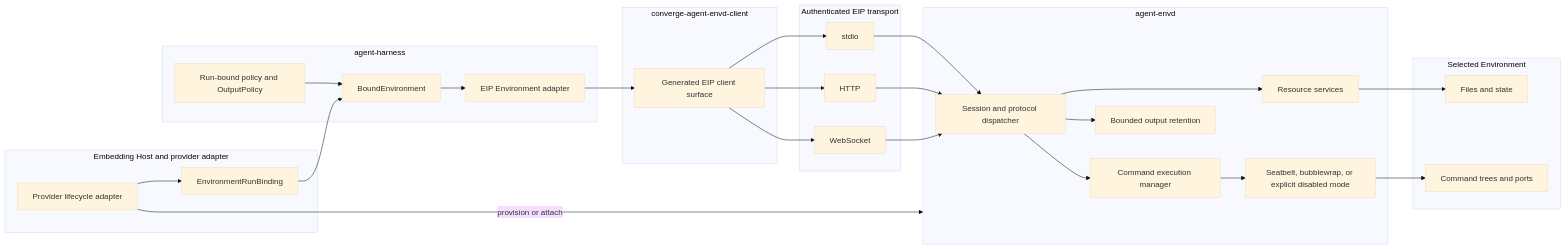
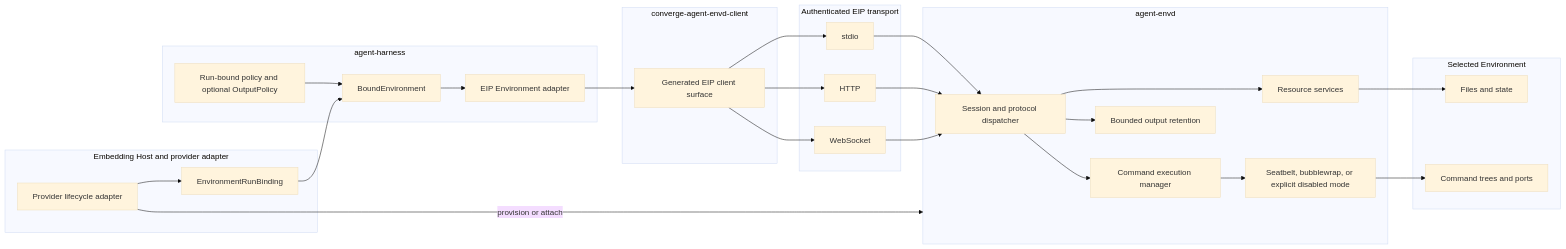
One commit to LTThreeComma/agent-foundation changed the first of 2 diagrams in spec/agent-envd/00-overview.md. Above: the diagram before and after it, drawn with Mermaid (base theme). The commit also changed other lines of this file and 41 other files, not shown here.

````diff
--- a/spec/agent-envd/00-overview.md
+++ b/spec/agent-envd/00-overview.md
@@ -13,45 +13,45 @@
 ```mermaid
 flowchart LR
     subgraph Host[Embedding Host and provider adapter]
         Provider[Provider lifecycle adapter]
         Binding[EnvironmentRunBinding]
     end
 
     subgraph Harness[agent-harness]
         Bound[BoundEnvironment]
         Adapter[EIP Environment adapter]
-        Policy[Run-bound policy and OutputPolicy]
+        Policy[Run-bound policy and optional OutputPolicy]
     end
 
     subgraph ClientPackage[converge-agent-envd-client]
         Client[Generated EIP client surface]
     end
 
     subgraph Transport[Authenticated EIP transport]
         Stdio[stdio]
         HTTP[HTTP]
         WS[WebSocket]
     end
 
     subgraph Envd[agent-envd]
         Session[Session and protocol dispatcher]
         Resources[Resource services]
         Output[Bounded output retention]
         Execution[Command execution manager]
         Isolation[Seatbelt, bubblewrap, or explicit disabled mode]
     end
 
     subgraph Native[Selected Environment]
         Files[Files and state]
         Processes[Command trees and ports]
     end
 
     Provider -->|provision or attach| Envd
     Provider --> Binding --> Bound
     Policy --> Bound --> Adapter --> Client
     Client --> Stdio & HTTP & WS
     Stdio & HTTP & WS --> Session
     Session --> Resources & Output & Execution
     Resources --> Files
     Execution --> Isolation --> Processes
 ```
````
